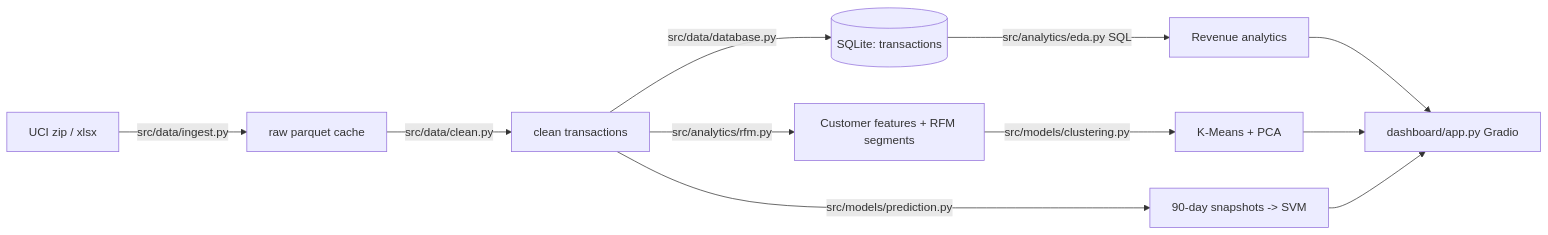
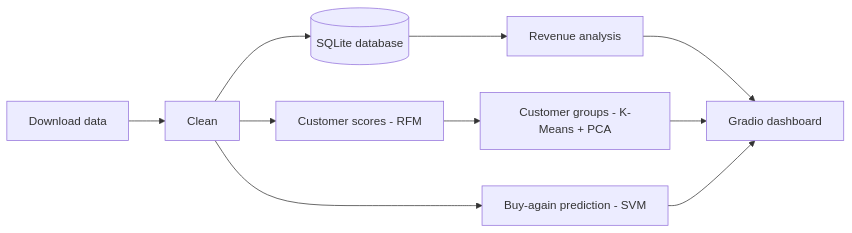
One commit to briandang2003/customer-revenue-radar changed the diagram in README.md. Above: the diagram before and after it, drawn with Mermaid. The commit also changed other lines of this file and 28 other files, not shown here.

````diff
--- a/README.md
+++ b/README.md
@@ -53,11 +37,9 @@
 ```mermaid
 flowchart LR
-    A[UCI zip / xlsx] -->|src/data/ingest.py| B[raw parquet cache]
-    B -->|src/data/clean.py| C[clean transactions]
-    C -->|src/data/database.py| D[(SQLite: transactions)]
-    D -->|src/analytics/eda.py  SQL| E[Revenue analytics]
-    C -->|src/analytics/rfm.py| F[Customer features + RFM segments]
-    F -->|src/models/clustering.py| G[K-Means + PCA]
-    C -->|src/models/prediction.py| H[90-day snapshots -> SVM]
-    E & G & H --> I[dashboard/app.py  Gradio]
+    A[Download data] --> B[Clean] --> C[(SQLite database)]
+    C --> D[Revenue analysis]
+    B --> E[Customer scores - RFM]
+    E --> F[Customer groups - K-Means + PCA]
+    B --> G[Buy-again prediction - SVM]
+    D & F & G --> H[Gradio dashboard]
 ```
````
